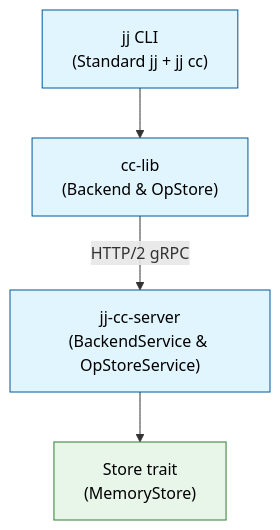
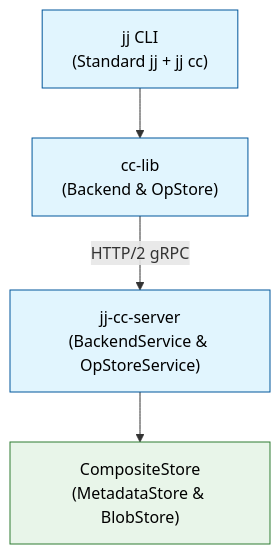
The diagram in docs/AGENTS.md (jj-vcs/jj-commit-cloud), drawn with Mermaid before and after one commit. The commit also changed other lines of this file and 41 other files, not shown here.

````diff
--- a/docs/AGENTS.md
+++ b/docs/AGENTS.md
@@ -29,12 +29,12 @@
 ```mermaid
 flowchart TD
     classDef component fill:#e1f5fe,stroke:#01579b,color:#000;
     classDef storage fill:#e8f5e9,stroke:#2e7d32,color:#000;
 
     Cli["jj CLI<br/>(Standard jj + jj cc)"]:::component
     Lib["cc-lib<br/>(Backend & OpStore)"]:::component
     Server["jj-cc-server<br/>(BackendService & OpStoreService)"]:::component
-    Store["Store trait<br/>(MemoryStore)"]:::storage
+    Store["CompositeStore<br/>(MetadataStore & BlobStore)"]:::storage
 
     Cli --> Lib -->|"HTTP/2 gRPC"| Server --> Store
 ```
````
